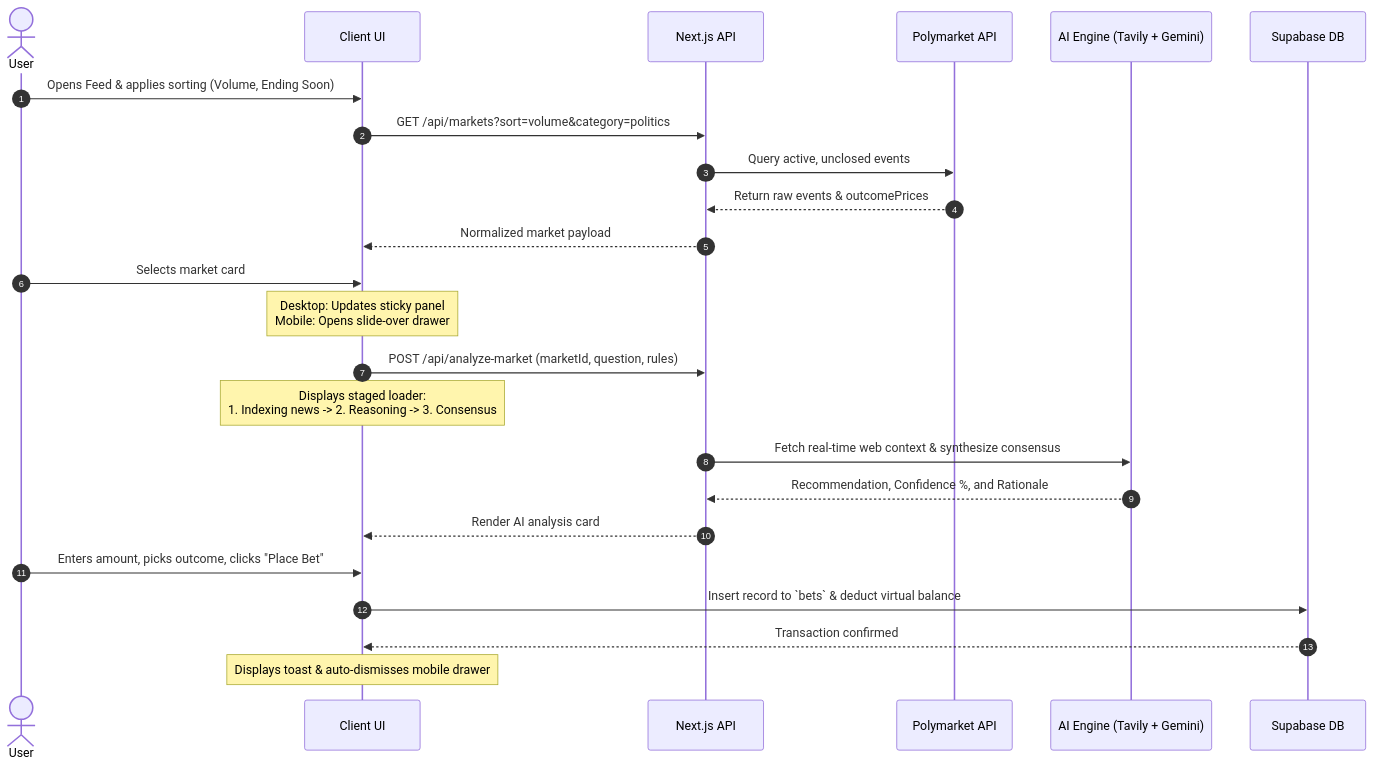
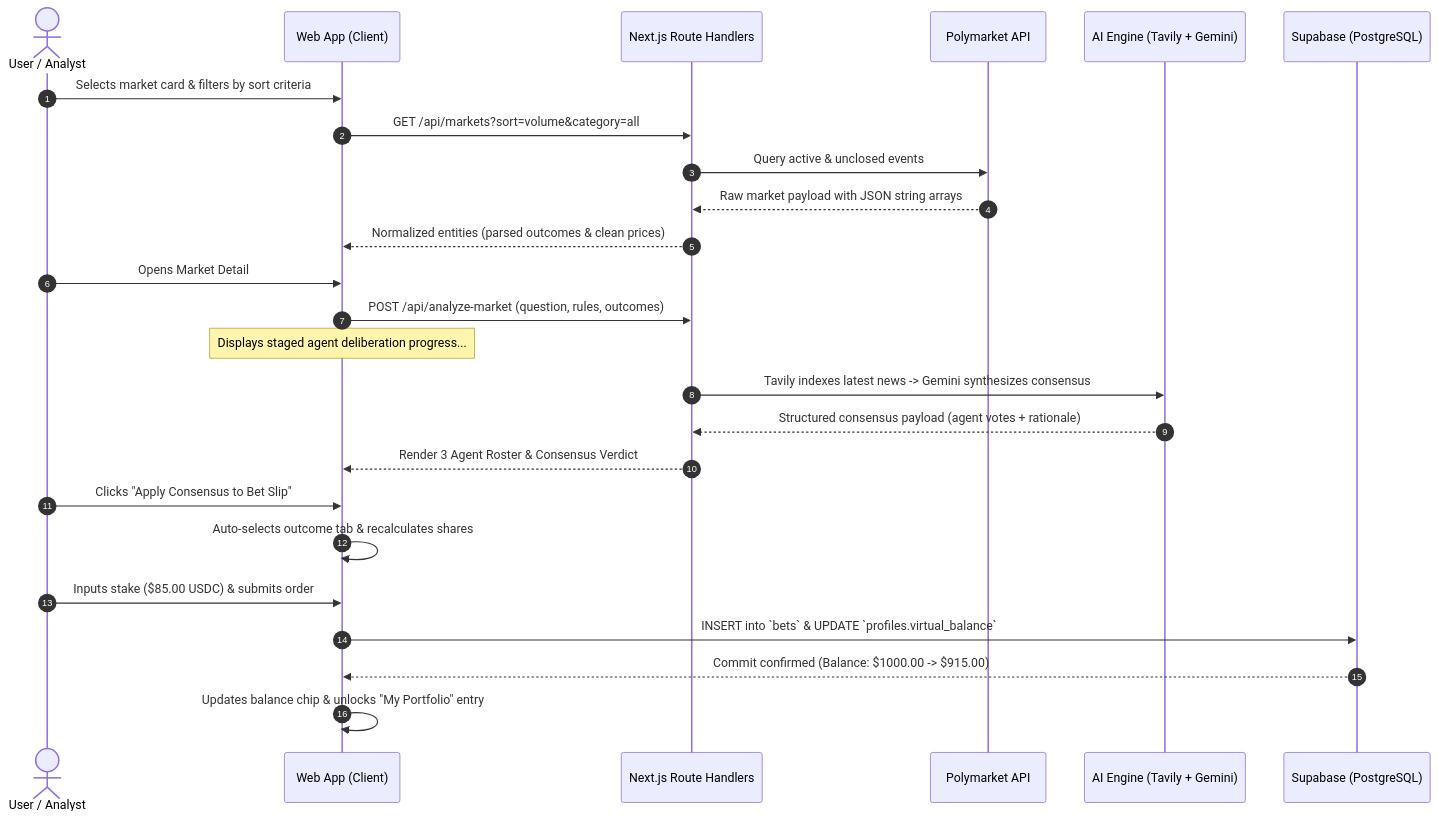
The second of 2 diagrams in README.md (jairrodriguezm/polymarket-ai-widget), drawn with Mermaid before and after one commit. The commit also changed other lines of this file, not shown here.

````diff
--- a/README.md
+++ b/README.md
@@ -67,27 +73,30 @@
 ```mermaid
 sequenceDiagram
   autonumber
-  actor User
-  participant App as Client UI
-  participant Server as Next.js API
+  actor Trader as User / Analyst
+  participant Client as Web App (Client)
+  participant API as Next.js Route Handlers
   participant Poly as Polymarket API
   participant AI as AI Engine (Tavily + Gemini)
-  participant DB as Supabase DB
+  participant DB as Supabase (PostgreSQL)
 
-  User->>App: Opens Feed & applies sorting (Volume, Ending Soon)
-  App->>Server: GET /api/markets?sort=volume&category=politics
-  Server->>Poly: Query active, unclosed events
-  Poly-->>Server: Return raw events & outcomePrices
-  Server-->>App: Normalized market payload
-  User->>App: Selects market card
-  Note over App: Desktop: Updates sticky panel<br/>Mobile: Opens slide-over drawer
-  App->>Server: POST /api/analyze-market (marketId, question, rules)
-  Note over App: Displays staged loader:<br/>1. Indexing news -> 2. Reasoning -> 3. Consensus
-  Server->>AI: Fetch real-time web context & synthesize consensus
-  AI-->>Server: Recommendation, Confidence %, and Rationale
-  Server-->>App: Render AI analysis card
-  User->>App: Enters amount, picks outcome, clicks "Place Bet"
-  App->>DB: Insert record to `bets` & deduct virtual balance
-  DB-->>App: Transaction confirmed
-  Note over App: Displays toast & auto-dismisses mobile drawer
+  Trader->>Client: Selects market card & filters by sort criteria
+  Client->>API: GET /api/markets?sort=volume&category=all
+  API->>Poly: Query active & unclosed events
+  Poly-->>API: Raw market payload with JSON string arrays
+  API-->>Client: Normalized entities (parsed outcomes & clean prices)
+
+  Trader->>Client: Opens Market Detail
+  Client->>API: POST /api/analyze-market (question, rules, outcomes)
+  Note over Client: Displays staged agent deliberation progress...
+  API->>AI: Tavily indexes latest news -> Gemini synthesizes consensus
+  AI-->>API: Structured consensus payload (agent votes + rationale)
+  API-->>Client: Render 3 Agent Roster & Consensus Verdict
+
+  Trader->>Client: Clicks "Apply Consensus to Bet Slip"
+  Client->>Client: Auto-selects outcome tab & recalculates shares
+  Trader->>Client: Inputs stake ($85.00 USDC) & submits order
+  Client->>DB: INSERT into `bets` & UPDATE `profiles.virtual_balance`
+  DB-->>Client: Commit confirmed (Balance: $1000.00 -> $915.00)
+  Client->>Client: Updates balance chip & unlocks "My Portfolio" entry
 ```
````
